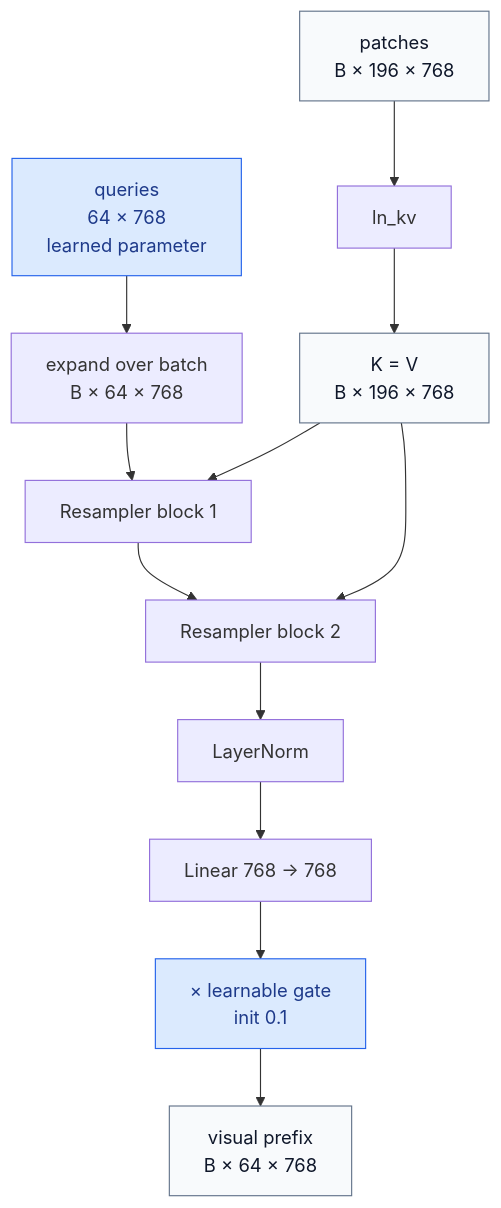
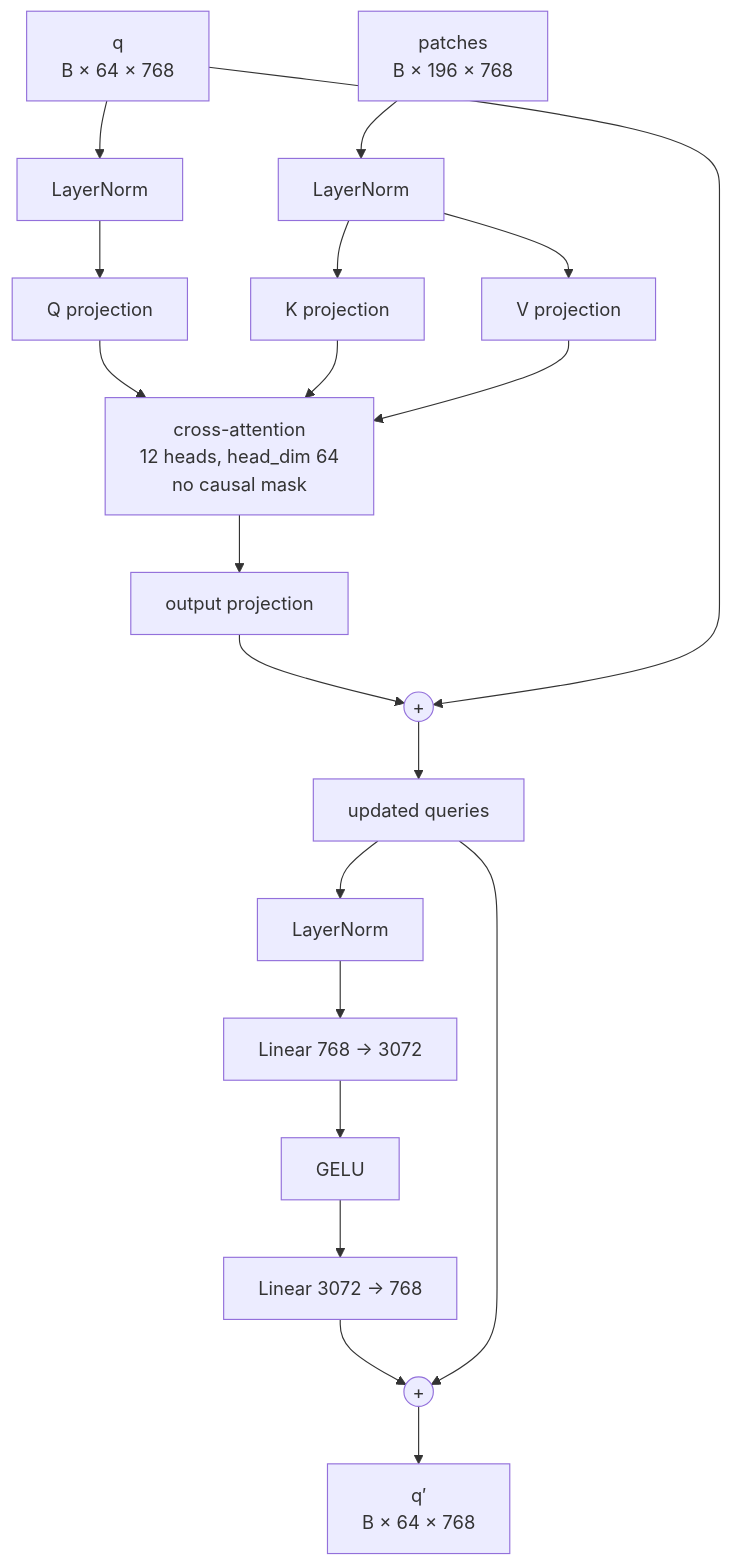
One commit to AsishKumarDalal/medicalvllm changed the fifth of 9 diagrams in experiment/connector.md. Above: the diagram before and after it, drawn with Mermaid. The commit also changed other lines of this file, not shown here.

Commit message:
Rewrite connector.md: simple Mermaid-first explanation, kept detailed spec

````diff
--- a/experiment/connector.md
+++ b/experiment/connector.md
@@ -60,21 +113,25 @@
 ```mermaid
 flowchart TB
-    P["patches<br/>B × 196 × 768"] --> LNKV0["ln_kv"]
-    LNKV0 --> KV0["K = V<br/>B × 196 × 768"]
+    Q["q<br/>B × 64 × 768"] --> LNQ["LayerNorm"]
+    KV["patches<br/>B × 196 × 768"] --> LNKV["LayerNorm"]
 
-    Q0["queries<br/>64 × 768<br/>learned parameter"] --> EXP["expand over batch<br/>B × 64 × 768"]
+    LNQ --> QP["Q projection"]
+    LNKV --> KP["K projection"]
+    LNKV --> VP["V projection"]
 
-    EXP --> BLOCK1["Resampler block 1"]
-    KV0 --> BLOCK1
-    BLOCK1 --> BLOCK2["Resampler block 2"]
-    KV0 --> BLOCK2
-    BLOCK2 --> LNOUT["LayerNorm"]
-    LNOUT --> PROJ["Linear 768 → 768"]
-    PROJ --> GATE["× learnable gate<br/>init 0.1"]
-    GATE --> OUT["visual prefix<br/>B × 64 × 768"]
+    QP --> ATT["cross-attention<br/>12 heads, head_dim 64<br/>no causal mask"]
+    KP --> ATT
+    VP --> ATT
+    ATT --> OP["output projection"]
+    OP --> R1(("+"))
+    Q --> R1
+    R1 --> H["updated queries"]
 
-    classDef params fill:#dbeafe,stroke:#2563eb,color:#1e3a8a
-    classDef ops fill:#f8fafc,stroke:#64748b,color:#0f172a
-    class Q0,GATE params
-    class P,KV0,OUT ops
+    H --> LNF["LayerNorm"]
+    LNF --> F1["Linear 768 → 3072"]
+    F1 --> GELU["GELU"]
+    GELU --> F2["Linear 3072 → 768"]
+    F2 --> R2(("+"))
+    H --> R2
+    R2 --> OUT["q′<br/>B × 64 × 768"]
 ```
````
